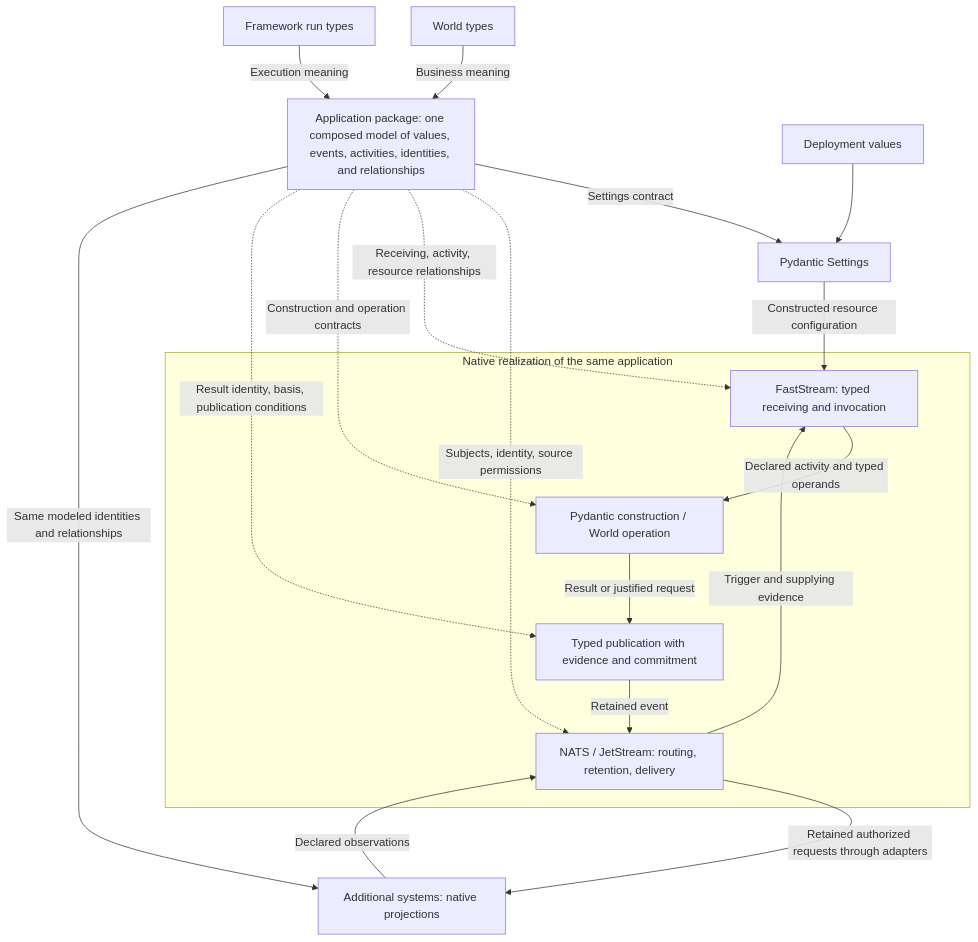
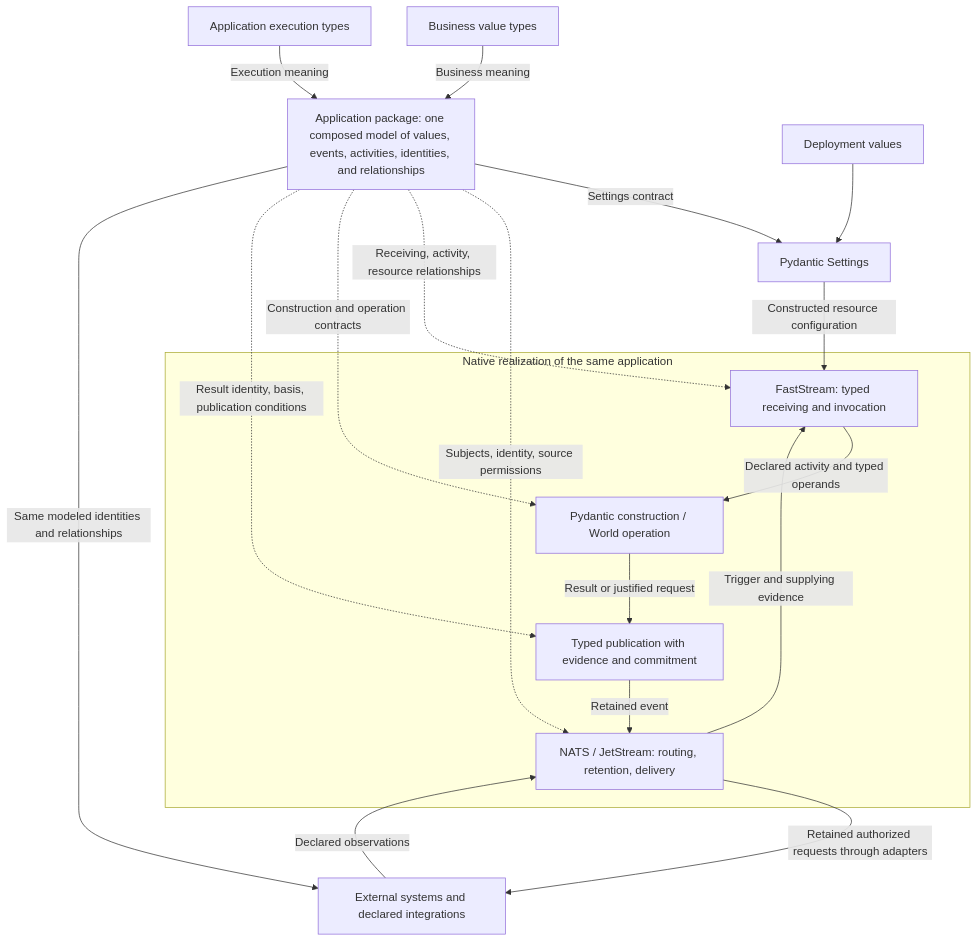
One commit to kylejtobin/tca changed the diagram in docs/architecture/DESIGN.md. Above: the diagram before and after it, drawn with Mermaid. The commit also changed other lines of this file, not shown here.

First line of the commit message:
docs(architecture): Specify unified packaging and typed extensions

````diff
--- a/docs/architecture/DESIGN.md
+++ b/docs/architecture/DESIGN.md
@@ -1,34 +1,34 @@
 ```mermaid
 flowchart TB
-    WORLD["World types"]
-    RUN["Framework run types"]
+    WORLD["Business value types"]
+    RUN["Application execution types"]
     APP["Application package: one composed model of values, events, activities, identities, and relationships"]
 
     WORLD -->|"Business meaning"| APP
     RUN -->|"Execution meaning"| APP
 
     APP -->|"Settings contract"| SETTINGS["Pydantic Settings"]
     ENV["Deployment values"] --> SETTINGS
 
     subgraph RUNTIME["Native realization of the same application"]
         NATS["NATS / JetStream: routing, retention, delivery"]
         FAST["FastStream: typed receiving and invocation"]
         BUILD["Pydantic construction / World operation"]
         PUBLISH["Typed publication with evidence and commitment"]
 
         NATS -->|"Trigger and supplying evidence"| FAST
         FAST -->|"Declared activity and typed operands"| BUILD
         BUILD -->|"Result or justified request"| PUBLISH
         PUBLISH -->|"Retained event"| NATS
     end
 
     APP -.->|"Subjects, identity, source permissions"| NATS
     APP -.->|"Receiving, activity, resource relationships"| FAST
     APP -.->|"Construction and operation contracts"| BUILD
     APP -.->|"Result identity, basis, publication conditions"| PUBLISH
     SETTINGS -->|"Constructed resource configuration"| FAST
 
-    APP -->|"Same modeled identities and relationships"| OTHER["Additional systems: native projections"]
+    APP -->|"Same modeled identities and relationships"| OTHER["External systems and declared integrations"]
     NATS -->|"Retained authorized requests through adapters"| OTHER
     OTHER -->|"Declared observations"| NATS
 ```
````
